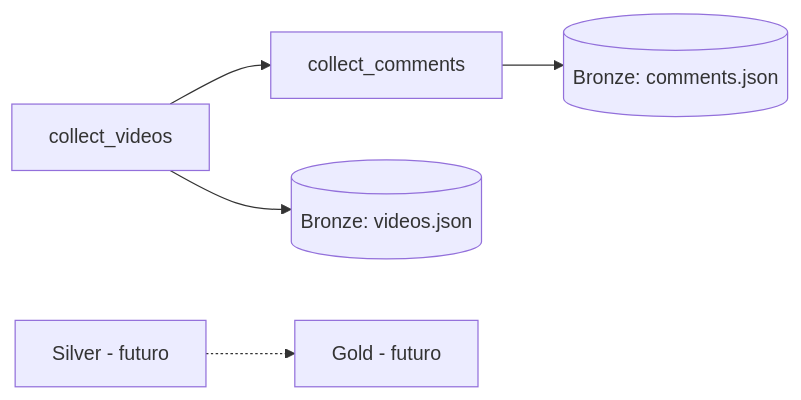
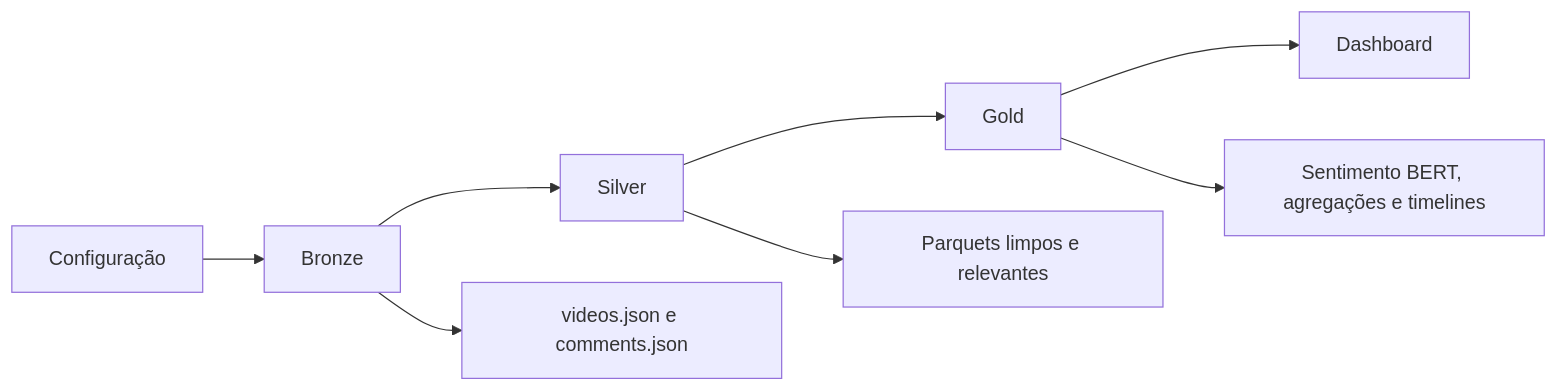
One commit to vitorestevam/tcc-engdados changed the diagram in README.md. Above: the diagram before and after it, drawn with Mermaid. The commit also changed other lines of this file and 15 other files, not shown here.

````diff
--- a/README.md
+++ b/README.md
@@ -7,7 +5,10 @@
 ```mermaid
 flowchart LR
-    V["collect_videos"] --> C["collect_comments"]
-    V --> B[("Bronze: videos.json")]
-    C --> BC[("Bronze: comments.json")]
-    S["Silver - futuro"] -.-> G["Gold - futuro"]
+    A[Configuração] --> B[Bronze]
+    B --> C[Silver]
+    C --> D[Gold]
+    D --> E[Dashboard]
+    B --> B1[videos.json e comments.json]
+    C --> C1[Parquets limpos e relevantes]
+    D --> D1[Sentimento BERT, agregações e timelines]
 ```
````
